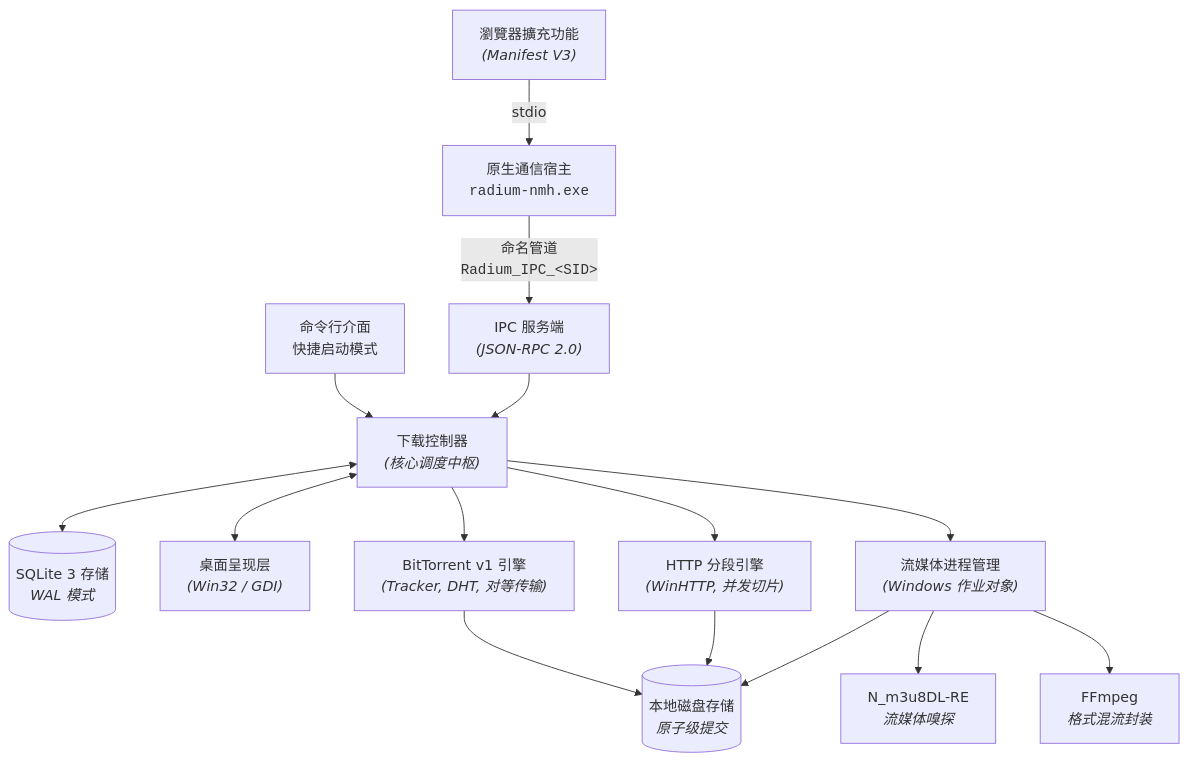
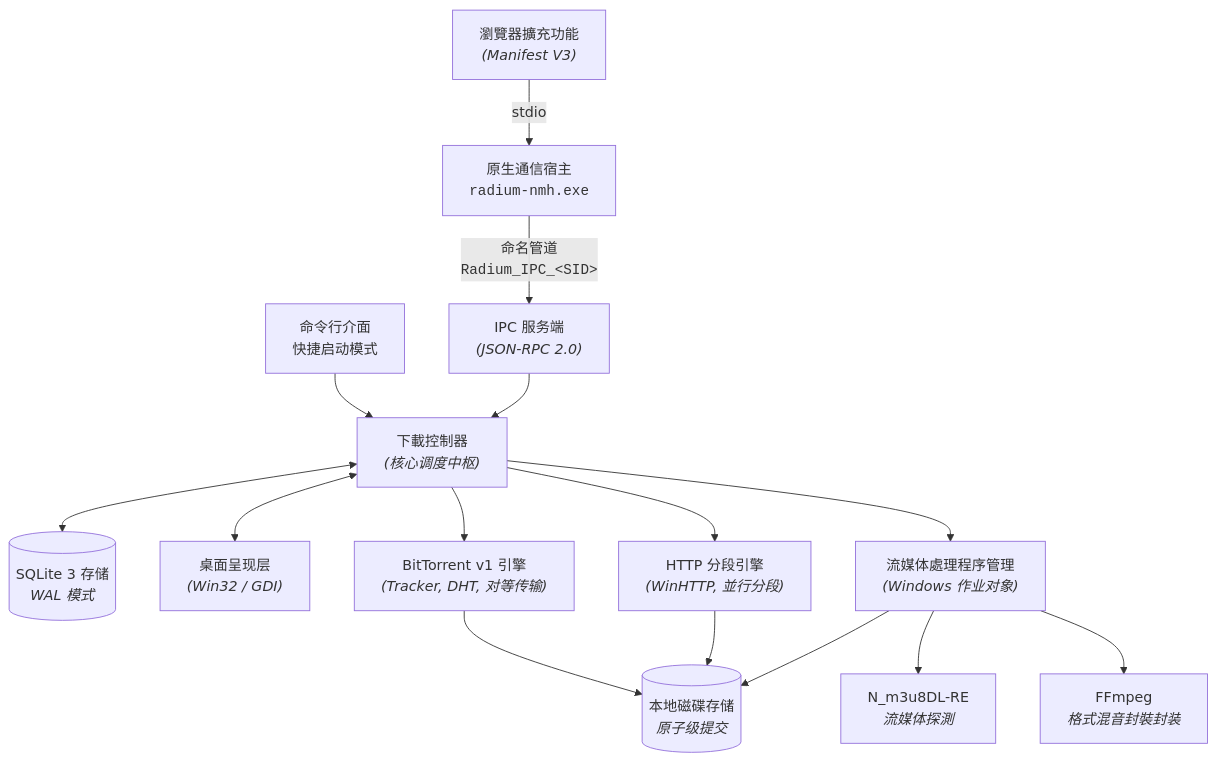
The diagram in README.zh-TW.md (alve33/Radium-Download-Manager), drawn with Mermaid before and after one commit. The commit also changed other lines of this file and 18 other files, not shown here.

````diff
--- a/README.zh-TW.md
+++ b/README.zh-TW.md
@@ -402,21 +402,21 @@
 ```mermaid
 flowchart TD
     Ext["瀏覽器擴充功能<br><i>(Manifest V3)</i>"] -->|stdio| NMH["原生通信宿主<br><code>radium-nmh.exe</code>"]
     NMH -->|命名管道<br><code>Radium_IPC_&lt;SID&gt;</code>| IPC["IPC 服务端<br><i>(JSON-RPC 2.0)</i>"]
 
     CLI["命令行介面<br>快捷启动模式"] --> Ctrl
-    IPC --> Ctrl["下载控制器<br><i>(核心调度中枢)</i>"]
+    IPC --> Ctrl["下載控制器<br><i>(核心调度中枢)</i>"]
 
     Ctrl <--> DB[("SQLite 3 存储<br><i>WAL 模式</i>")]
     Ctrl <--> UI["桌面呈现层<br><i>(Win32 / GDI)</i>"]
-    Ctrl --> Engine["HTTP 分段引擎<br><i>(WinHTTP, 并发切片)</i>"]
+    Ctrl --> Engine["HTTP 分段引擎<br><i>(WinHTTP, 並行分段)</i>"]
     Ctrl --> Torrent["BitTorrent v1 引擎<br><i>(Tracker, DHT, 对等传输)</i>"]
-    Ctrl --> WorkerMgr["流媒体进程管理<br><i>(Windows 作业对象)</i>"]
+    Ctrl --> WorkerMgr["流媒体處理程序管理<br><i>(Windows 作业对象)</i>"]
     Torrent --> Disk
 
-    WorkerMgr --> N_M3U8["N_m3u8DL-RE<br><i>流媒体嗅探</i>"]
-    WorkerMgr --> FFMPEG["FFmpeg<br><i>格式混流封装</i>"]
+    WorkerMgr --> N_M3U8["N_m3u8DL-RE<br><i>流媒体探測</i>"]
+    WorkerMgr --> FFMPEG["FFmpeg<br><i>格式混音封裝封装</i>"]
 
-    Engine --> Disk[("本地磁盘存储<br><i>原子级提交</i>")]
+    Engine --> Disk[("本地磁碟存储<br><i>原子级提交</i>")]
     WorkerMgr --> Disk
 ```
````
